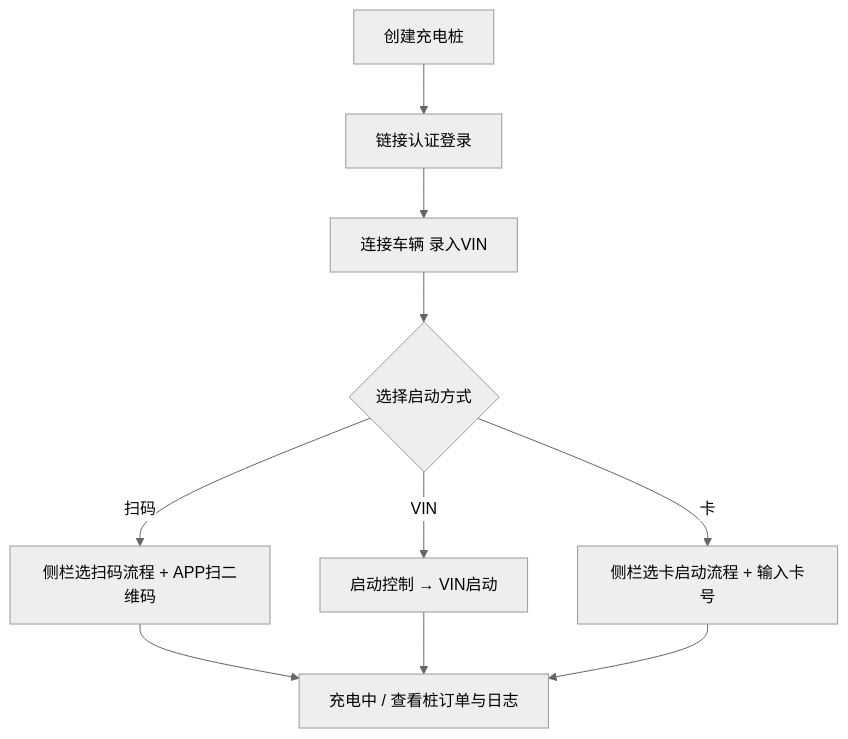
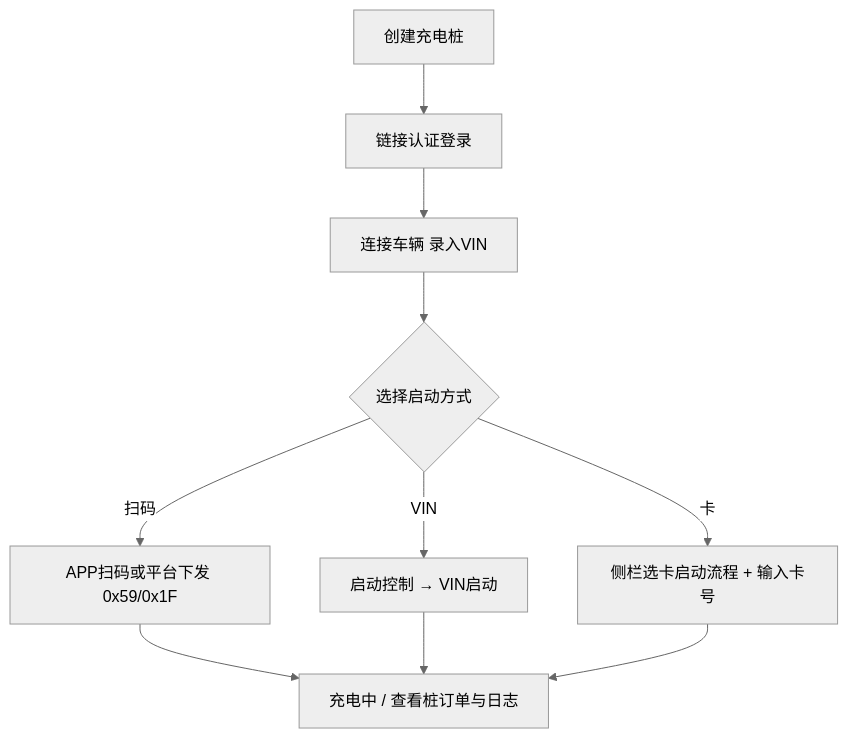
One commit to lijun0001/unions-moni-tool changed the diagram in docs/玖行桩用户手册.md. Above: the diagram before and after it, drawn with Mermaid (neutral theme). The commit also changed other lines of this file and 27 other files, not shown here.

````diff
--- a/docs/玖行桩用户手册.md
+++ b/docs/玖行桩用户手册.md
@@ -234,12 +239,12 @@
 ```mermaid
 flowchart TD
   A[创建充电桩] --> B[链接认证登录]
   B --> C[连接车辆 录入VIN]
   C --> D{选择启动方式}
-  D -->|扫码| E[侧栏选扫码流程 + APP扫二维码]
+  D -->|扫码| E[APP扫码或平台下发 0x59/0x1F]
   D -->|VIN| F[启动控制 → VIN启动]
   D -->|卡| G[侧栏选卡启动流程 + 输入卡号]
   E --> H[充电中 / 查看桩订单与日志]
   F --> H
   G --> H
 ```
````
